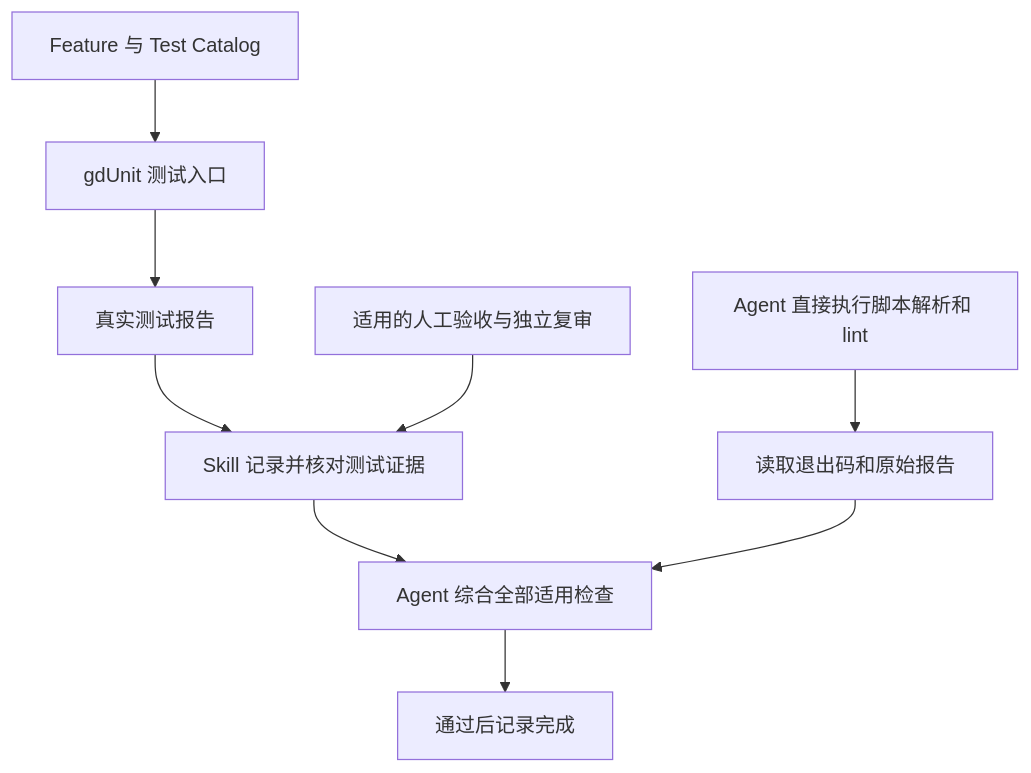
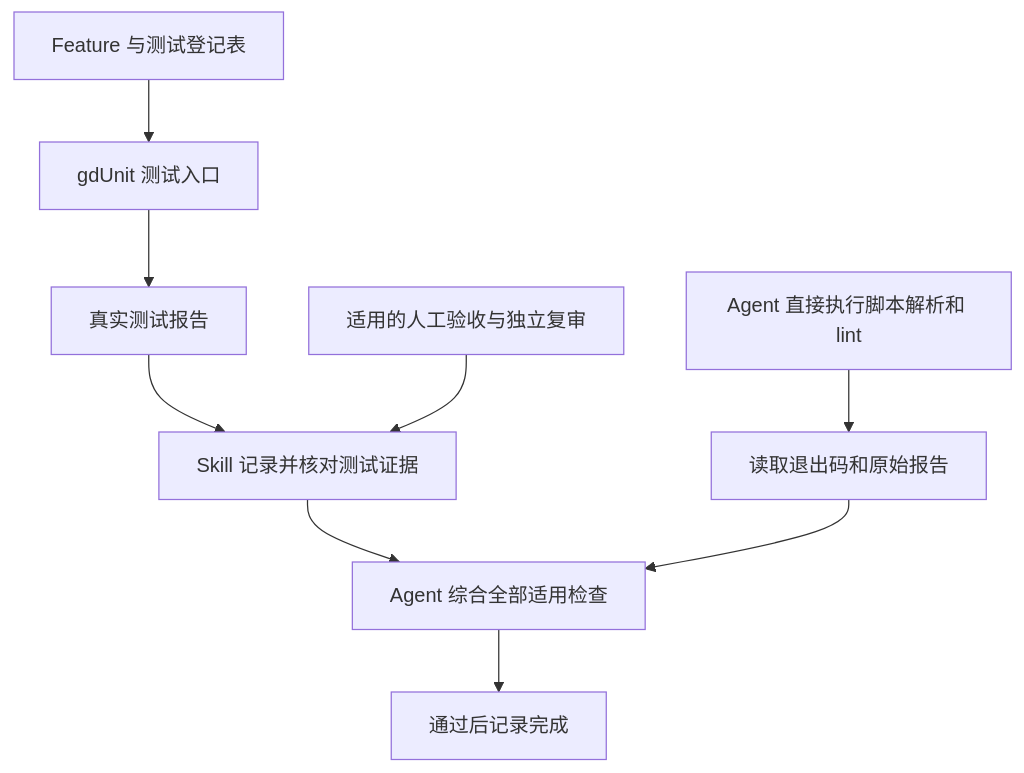
Before and after one commit to yxy823/Game_idle_yaya_frame: the diagram in project-source/tools/README.md, drawn with Mermaid. The commit also changed other lines of this file and 48 other files, not shown here.

````diff
--- a/project-source/tools/README.md
+++ b/project-source/tools/README.md
@@ -49,11 +49,11 @@
 ```mermaid
 flowchart TD
-    A[Feature 与 Test Catalog] --> B[gdUnit 测试入口]
+    A[Feature 与测试登记表] --> B[gdUnit 测试入口]
     B --> C[真实测试报告]
     C --> D[Skill 记录并核对测试证据]
     E[适用的人工验收与独立复审] --> D
     F[Agent 直接执行脚本解析和 lint] --> G[读取退出码和原始报告]
     D --> H[Agent 综合全部适用检查]
     G --> H
     H --> I[通过后记录完成]
 ```
````
